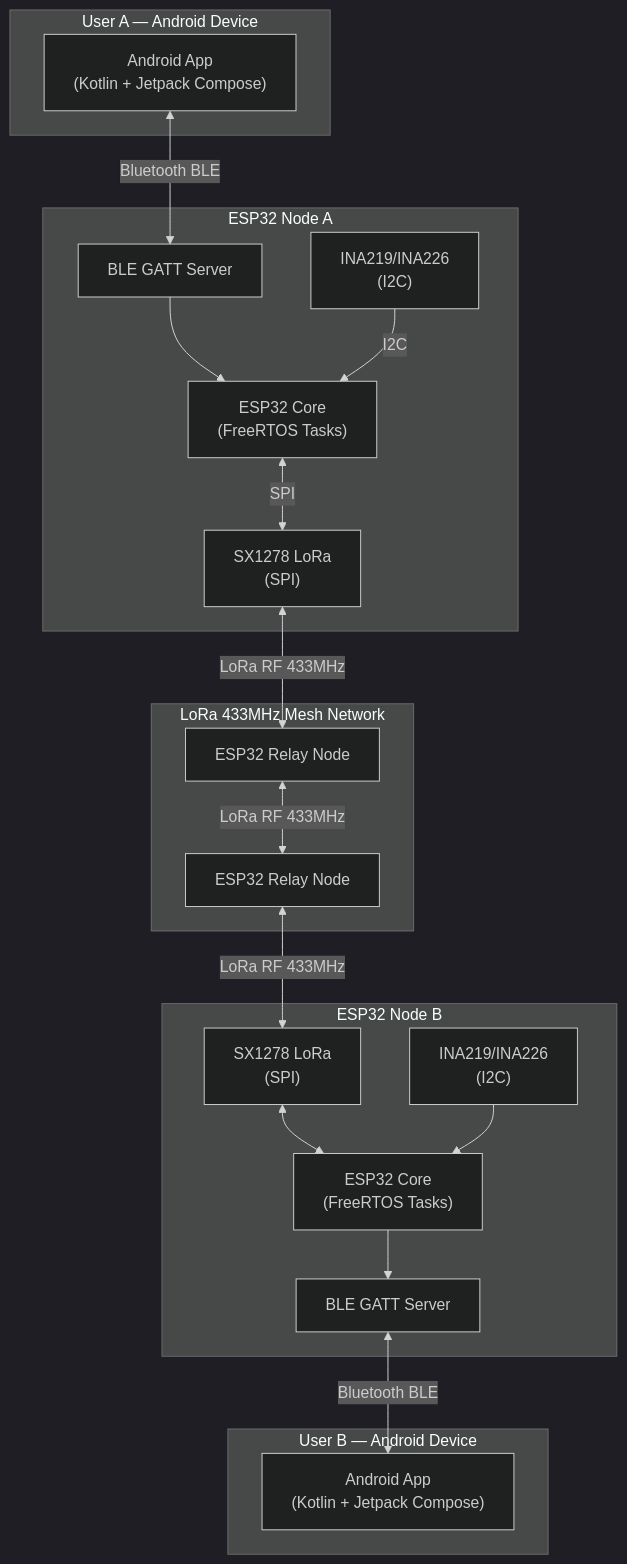
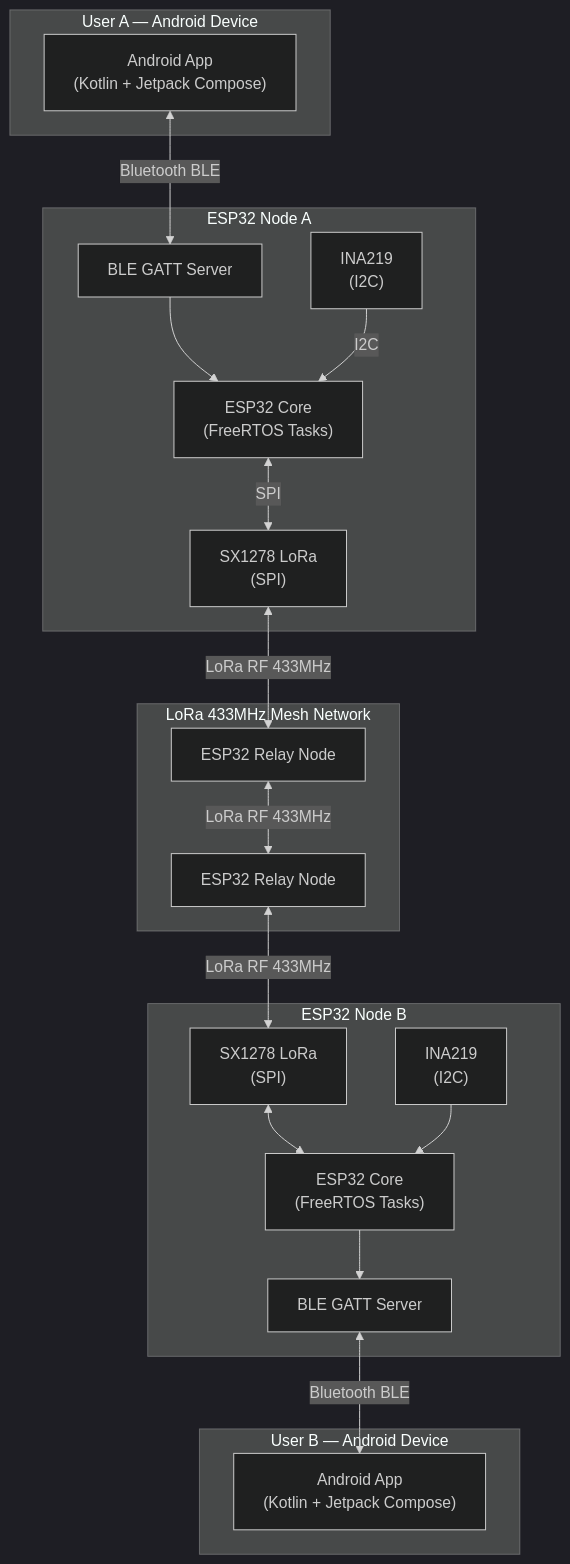
One commit to akramhossain-dev/Secure-Offline-Mesh-Messenger changed the first of 7 diagrams in docs/overview/system-architecture.md. Above: the diagram before and after it, drawn with Mermaid (dark theme). The commit also changed other lines of this file and 11 other files, not shown here.

````diff
--- a/docs/overview/system-architecture.md
+++ b/docs/overview/system-architecture.md
@@ -13,41 +13,41 @@
 ```mermaid
 graph TD
     subgraph UserA["User A — Android Device"]
         APP_A["Android App\n(Kotlin + Jetpack Compose)"]
     end
 
     subgraph NodeA["ESP32 Node A"]
         BLE_A["BLE GATT Server"]
         MCU_A["ESP32 Core\n(FreeRTOS Tasks)"]
         LORA_A["SX1278 LoRa\n(SPI)"]
-        INA_A["INA219/INA226\n(I2C)"]
+        INA_A["INA219\n(I2C)"]
     end
 
     subgraph Mesh["LoRa 433MHz Mesh Network"]
         RELAY1["ESP32 Relay Node"]
         RELAY2["ESP32 Relay Node"]
     end
 
     subgraph NodeB["ESP32 Node B"]
         BLE_B["BLE GATT Server"]
         MCU_B["ESP32 Core\n(FreeRTOS Tasks)"]
         LORA_B["SX1278 LoRa\n(SPI)"]
-        INA_B["INA219/INA226\n(I2C)"]
+        INA_B["INA219\n(I2C)"]
     end
 
     subgraph UserB["User B — Android Device"]
         APP_B["Android App\n(Kotlin + Jetpack Compose)"]
     end
 
     APP_A <-->|"Bluetooth BLE"| BLE_A
     BLE_A --> MCU_A
     MCU_A <-->|"SPI"| LORA_A
     INA_A -->|"I2C"| MCU_A
     LORA_A <-->|"LoRa RF 433MHz"| RELAY1
     RELAY1 <-->|"LoRa RF 433MHz"| RELAY2
     RELAY2 <-->|"LoRa RF 433MHz"| LORA_B
     LORA_B <--> MCU_B
     INA_B --> MCU_B
     MCU_B --> BLE_B
     BLE_B <-->|"Bluetooth BLE"| APP_B
 ```
````
